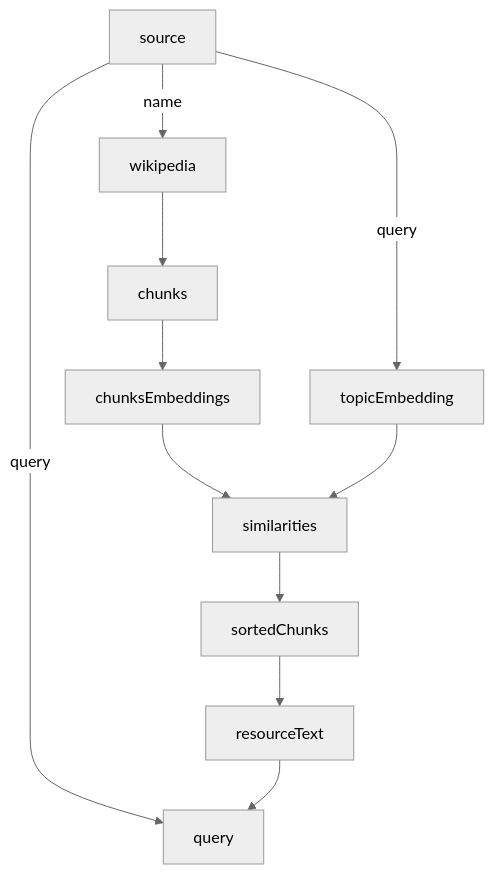
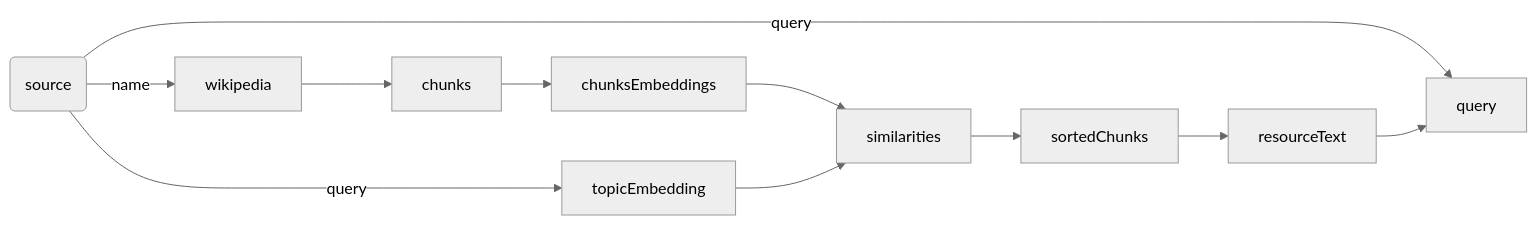
The diagram in README.md (receptron/graphai), drawn with Mermaid (neutral theme) before and after one commit.

Commit message:
Changed TD to LR (left to right)

````diff
--- a/README.md
+++ b/README.md
@@ -58,13 +58,13 @@
 ```mermaid
-flowchart TD
- source -- name --> wikipedia
+flowchart LR
+ source(source) -- name --> wikipedia
  source -- query --> topicEmbedding
  wikipedia --> chunks
  chunks --> chunksEmbeddings
  chunksEmbeddings --> similarities
  topicEmbedding --> similarities
  similarities --> sortedChunks
  sortedChunks --> resourceText
  source -- query --> query
  resourceText --> query
 ```
````
